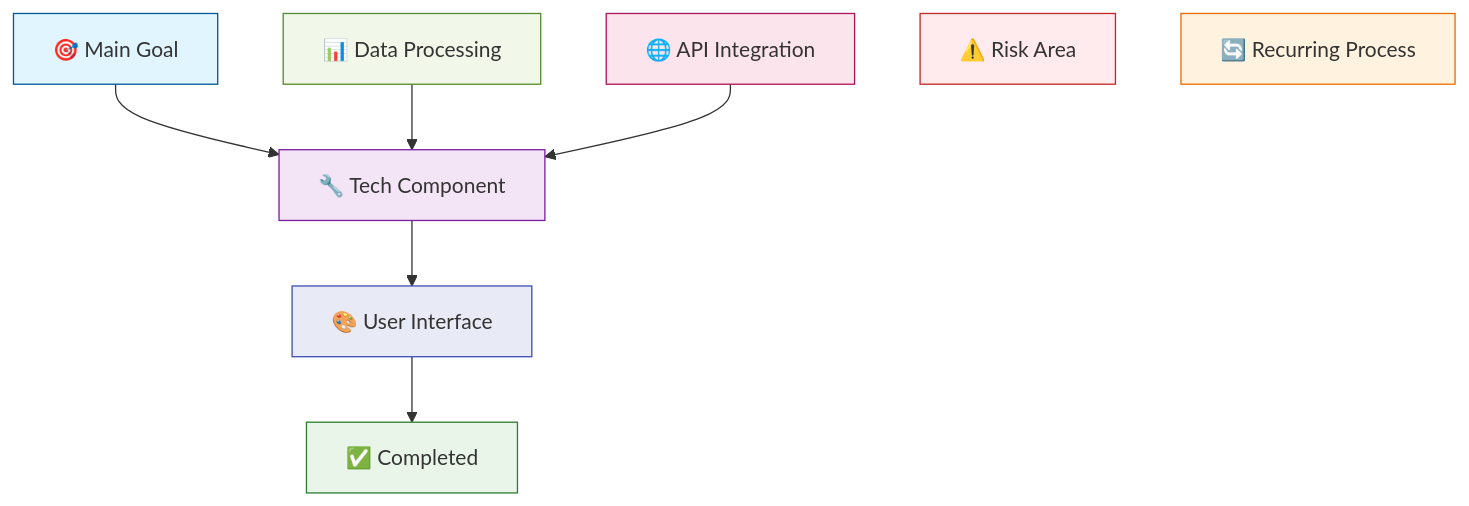
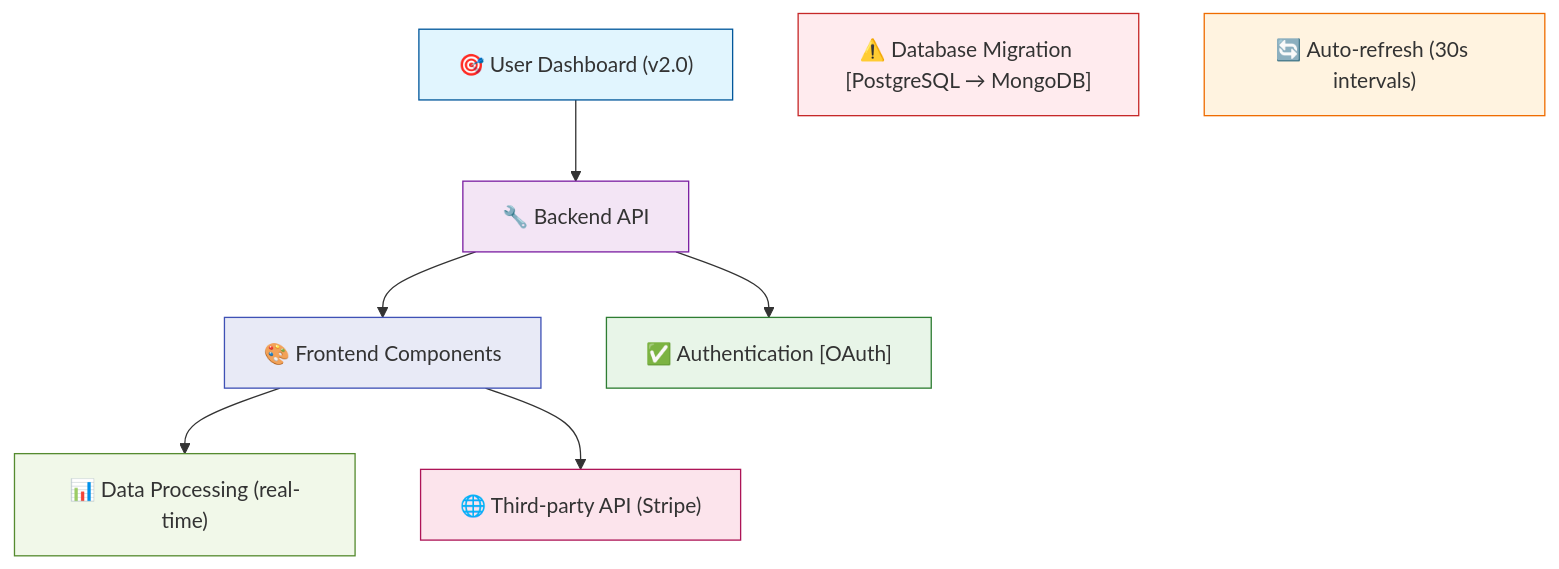
One commit to Texarkanine/.cursor-rules changed the diagram in rules/planning-execution.mdc. Above: the diagram before and after it, drawn with Mermaid. The commit also changed other lines of this file and 1 other file, not shown here.

Commit message:
fix: add guidance on properly quoting mermaid node labels (#16)
fix(rules/planning-execution): add guidance on properly quoting mermaid node labels

fix(rules/visual-planning): add guidance on properly quoting mermaid node labels

````diff
--- a/rules/planning-execution.mdc
+++ b/rules/planning-execution.mdc
@@ -51,21 +52,21 @@
 ```mermaid
 graph TD
-%% Define style classes once
-classDef goal fill:#e1f5fe,stroke:#01579b;
-classDef done fill:#e8f5e8,stroke:#2e7d32;
-classDef tech fill:#f3e5f5,stroke:#7b1fa2;
-classDef ux fill:#e8eaf6,stroke:#3f51b5;
-classDef risk fill:#ffebee,stroke:#c62828;
-classDef iterative fill:#fff3e0,stroke:#ef6c00;
-classDef dataflow fill:#f1f8e9,stroke:#558b2f;
-classDef integration fill:#fce4ec,stroke:#ad1457;
+    %% Define style classes once
+    classDef goal fill:#e1f5fe,stroke:#01579b;
+    classDef done fill:#e8f5e8,stroke:#2e7d32;
+    classDef tech fill:#f3e5f5,stroke:#7b1fa2;
+    classDef ux fill:#e8eaf6,stroke:#3f51b5;
+    classDef risk fill:#ffebee,stroke:#c62828;
+    classDef iterative fill:#fff3e0,stroke:#ef6c00;
+    classDef dataflow fill:#f1f8e9,stroke:#558b2f;
+    classDef integration fill:#fce4ec,stroke:#ad1457;
 
-%% Use classes on nodes
-	A[🎯 Main Goal]:::goal --> B[🔧 Tech Component]:::tech
-	B --> C[🎨 User Interface]:::ux
-	C --> D[✅ Completed]:::done
-	E[📊 Data Processing]:::dataflow --> B
-	F[🌐 API Integration]:::integration --> B
-	G[⚠️ Risk Area]:::risk
-	H[🔄 Recurring Process]:::iterative
+    %% Use classes on nodes
+    A["🎯 User Dashboard (v2.0)"]:::goal --> B["🔧 Backend API"]:::tech
+    B --> C["🎨 Frontend Components"]:::ux
+    B --> D["✅ Authentication [OAuth]"]:::done
+    C --> E["📊 Data Processing (real-time)"]:::dataflow
+    C --> F["🌐 Third-party API (Stripe)"]:::integration
+    G["⚠️ Database Migration [PostgreSQL → MongoDB]"]:::risk
+    H["🔄 Auto-refresh (30s intervals)"]:::iterative
 ```
````
